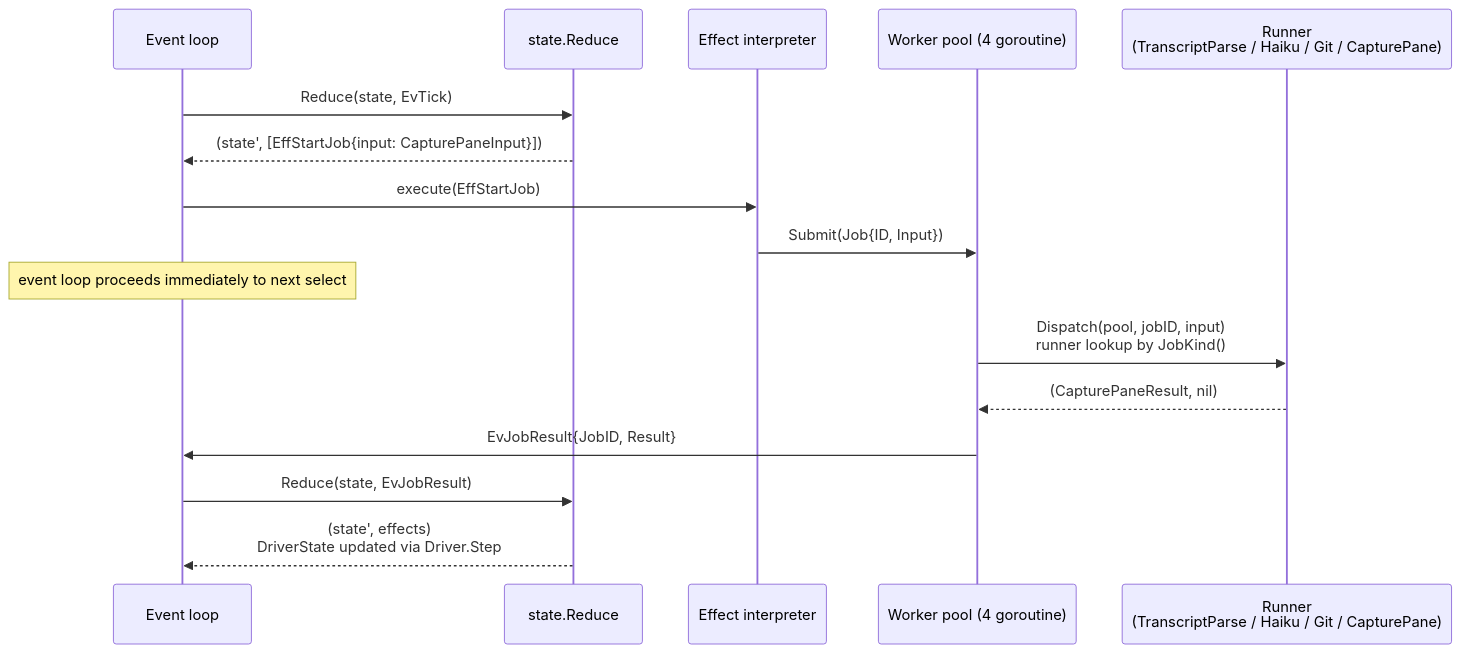
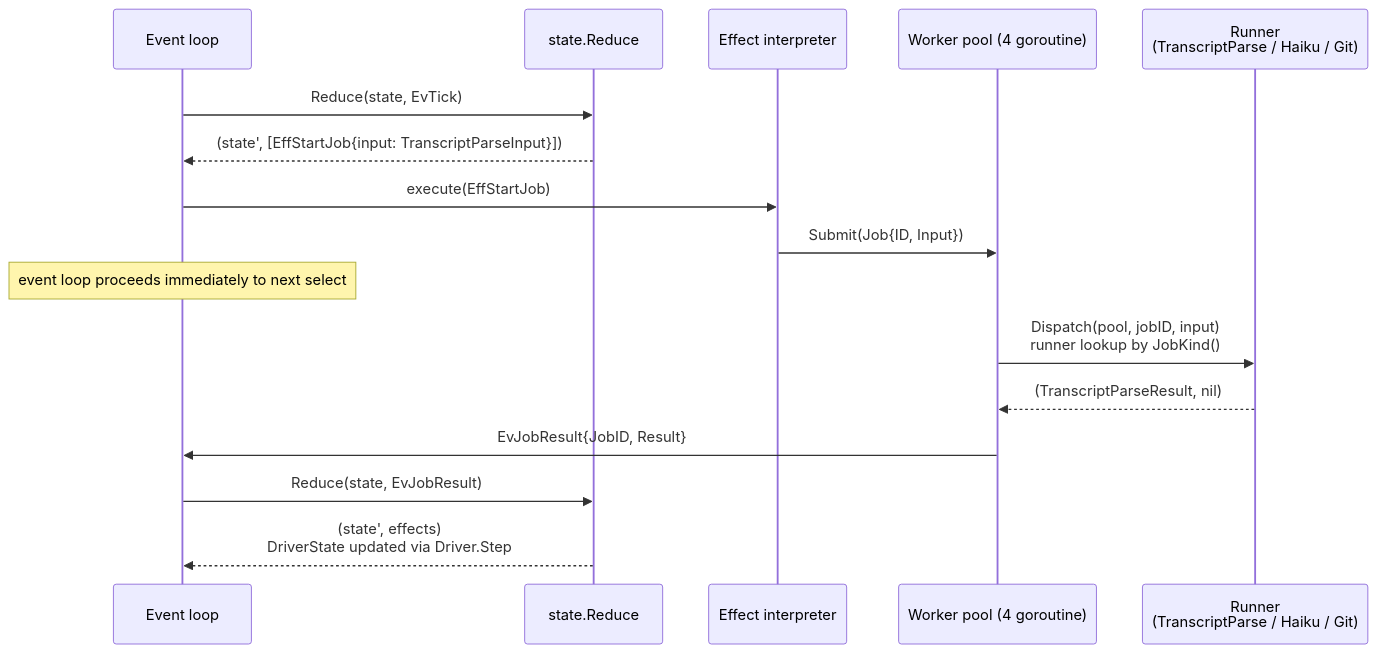
The fourth of 6 diagrams in docs/ipc.md (takezoh/agent-grid), drawn with Mermaid before and after one commit. The commit also changed other lines of this file and 4 other files, not shown here.

````diff
--- a/docs/ipc.md
+++ b/docs/ipc.md
@@ -184,21 +184,21 @@
 ```mermaid
 sequenceDiagram
     participant EL as Event loop
     participant Red as state.Reduce
     participant Interp as Effect interpreter
     participant Pool as Worker pool (4 goroutine)
-    participant Runner as Runner<br/>(TranscriptParse / Haiku / Git / CapturePane)
+    participant Runner as Runner<br/>(TranscriptParse / Haiku / Git)
 
     EL->>Red: Reduce(state, EvTick)
-    Red-->>EL: (state', [EffStartJob{input: CapturePaneInput}])
+    Red-->>EL: (state', [EffStartJob{input: TranscriptParseInput}])
     EL->>Interp: execute(EffStartJob)
     Interp->>Pool: Submit(Job{ID, Input})
     Note over EL: event loop proceeds immediately to next select
 
     Pool->>Runner: Dispatch(pool, jobID, input)<br/>runner lookup by JobKind()
-    Runner-->>Pool: (CapturePaneResult, nil)
+    Runner-->>Pool: (TranscriptParseResult, nil)
     Pool->>EL: EvJobResult{JobID, Result}
 
     EL->>Red: Reduce(state, EvJobResult)
     Red-->>EL: (state', effects)<br/>DriverState updated via Driver.Step
 ```
````
